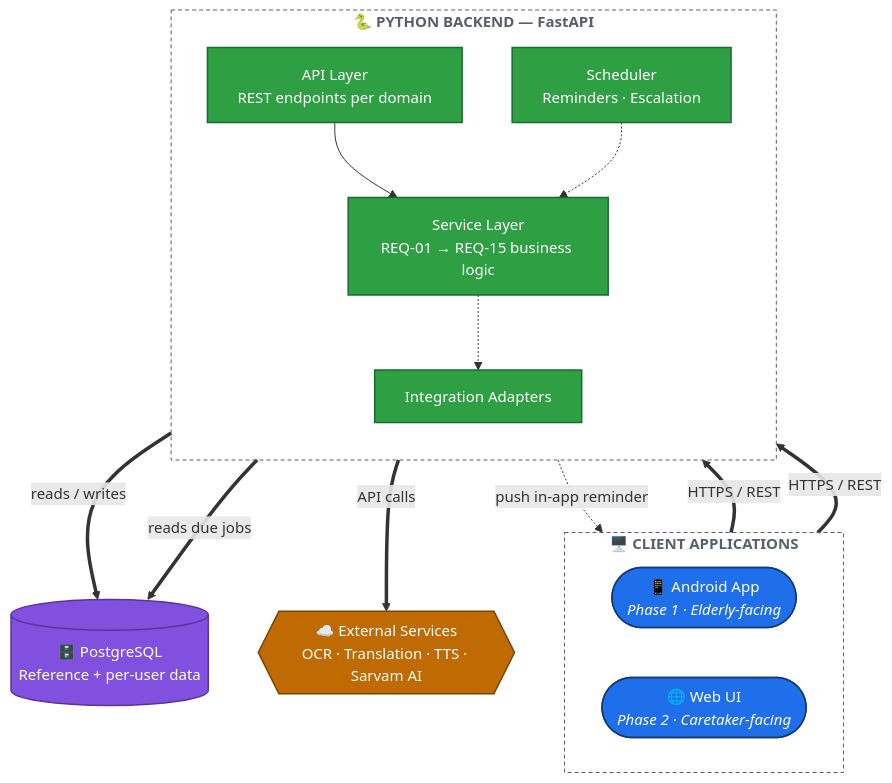
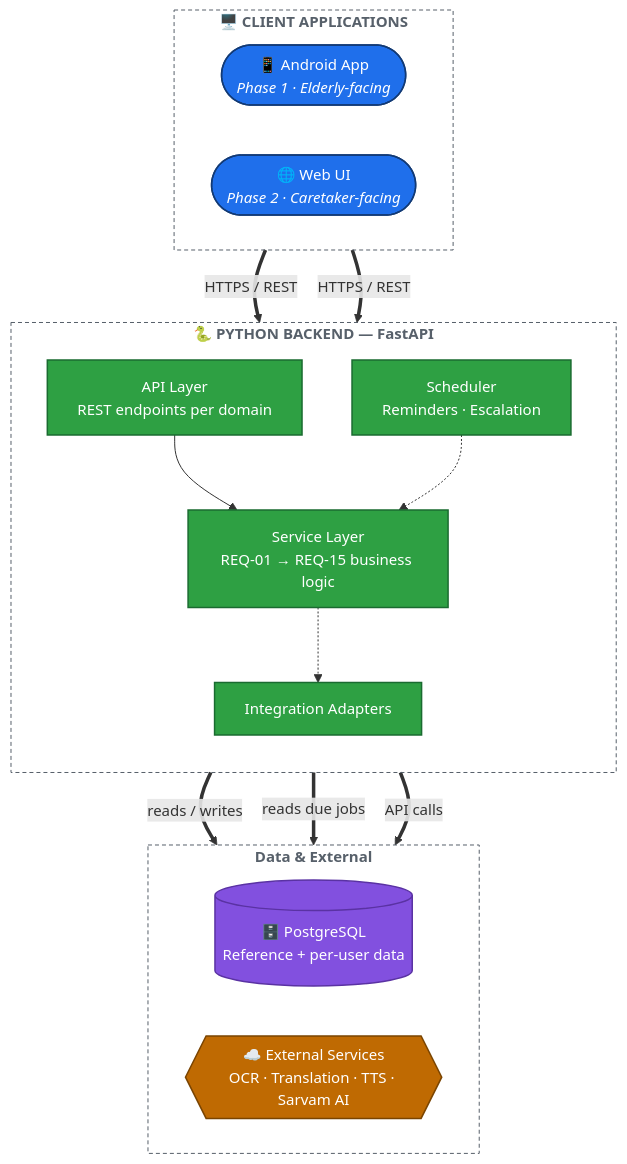
One commit to bhuvi-garg/Med-Verify changed the diagram in Arch/ARCH-00-overview.md. Above: the diagram before and after it, drawn with Mermaid. The commit also changed other lines of this file and 11 other files, not shown here.

````diff
--- a/Arch/ARCH-00-overview.md
+++ b/Arch/ARCH-00-overview.md
@@ -16,44 +54,45 @@
 ```mermaid
 %%{init: {"flowchart": {"curve": "basis"}, "themeVariables": {"fontSize": "15px"}} }%%
 flowchart TB
     subgraph CLIENTS["🖥️ CLIENT APPLICATIONS"]
         direction LR
         Android(["📱 Android App<br/><i>Phase 1 · Elderly-facing</i>"])
         WebUI(["🌐 Web UI<br/><i>Phase 2 · Caretaker-facing</i>"])
     end
 
     subgraph BACKEND["🐍 PYTHON BACKEND — FastAPI"]
         direction TB
         API["API Layer<br/>REST endpoints per domain"]
         SVC["Service Layer<br/>REQ-01 → REQ-15 business logic"]
         SCHED["Scheduler<br/>Reminders · Escalation"]
         ADAPT["Integration Adapters"]
 
         API --> SVC
         SVC -.-> ADAPT
         SCHED -.-> SVC
     end
 
-    DB[("🗄️ PostgreSQL<br/>Reference + per-user data")]
-
-    EXT{{"☁️ External Services<br/>OCR · Translation · TTS · Sarvam AI"}}
+    subgraph DATA["Data & External"]
+        direction LR
+        DB[("🗄️ PostgreSQL<br/>Reference + per-user data")]
+        EXT{{"☁️ External Services<br/>OCR · Translation · TTS · Sarvam AI"}}
+    end
 
     Android == "HTTPS / REST" ==> API
     WebUI == "HTTPS / REST" ==> API
     SVC == "reads / writes" ==> DB
     SCHED == "reads due jobs" ==> DB
-    SCHED -. "push in-app reminder" .-> Android
     ADAPT == "API calls" ==> EXT
 
     classDef client fill:#1f6feb,stroke:#123a75,color:#ffffff,stroke-width:1.5px;
     classDef backend fill:#2ea043,stroke:#1a6b30,color:#ffffff,stroke-width:1.5px;
     classDef data fill:#8250df,stroke:#5a32a3,color:#ffffff,stroke-width:1.5px;
     classDef external fill:#bf6a02,stroke:#7a4400,color:#ffffff,stroke-width:1.5px;
     classDef groupBox fill:transparent,stroke:#57606a,stroke-width:1px,stroke-dasharray: 4 3,color:#57606a,font-weight:bold;
 
     class Android,WebUI client;
     class API,SVC,SCHED,ADAPT backend;
     class DB data;
     class EXT external;
-    class CLIENTS,BACKEND groupBox;
+    class CLIENTS,BACKEND,DATA groupBox;
 ```
````
